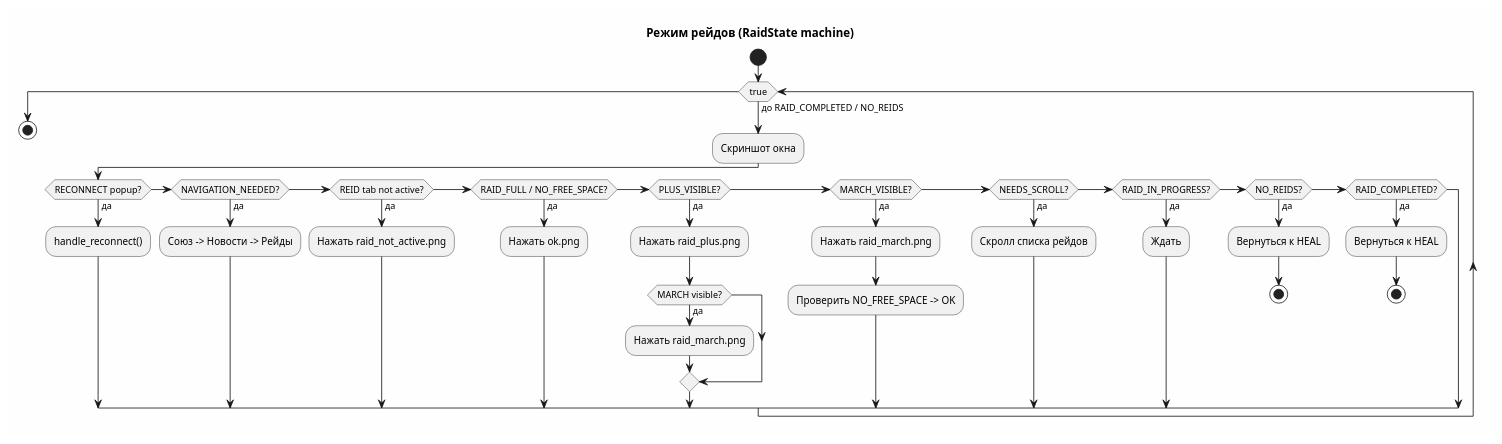
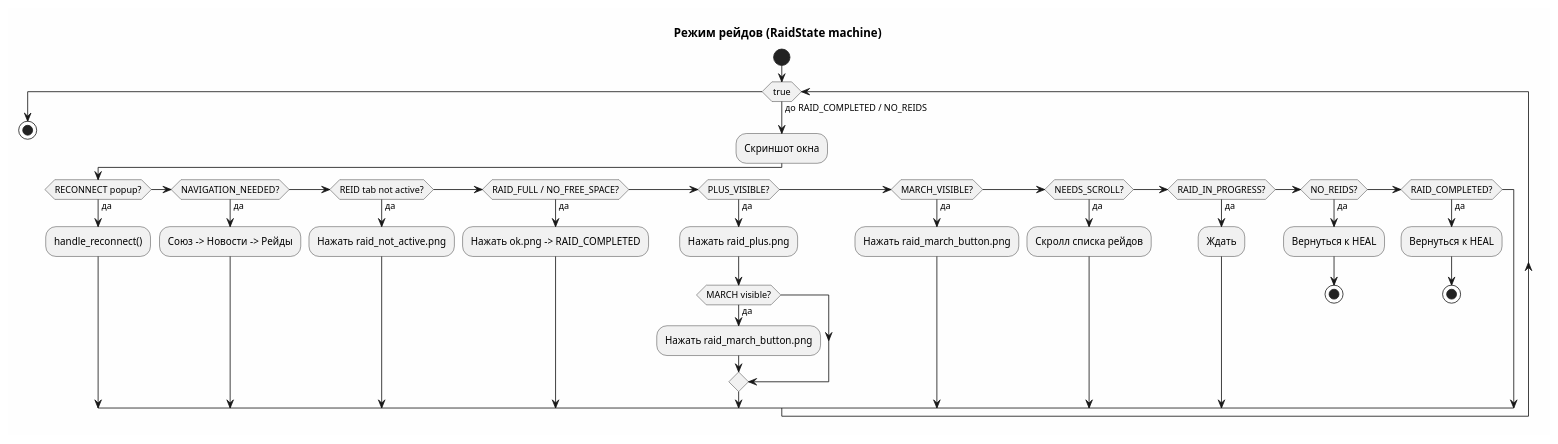
One commit to Skoromolov/TilesSurvive changed the second of 5 diagrams in README.md. Above: the diagram before and after it, drawn with PlantUML. The commit also changed other lines of this file and 8 other files, not shown here.

````diff
--- a/README.md
+++ b/README.md
@@ -210,43 +212,42 @@
 ```plantuml
 @startuml
 skinparam backgroundColor #FEFEFE
 title Режим рейдов (RaidState machine)
 
 start
 
 while (true) is (до RAID_COMPLETED / NO_REIDS)
   :Скриншот окна;
 
   if (RECONNECT popup?) then (да)
     :handle_reconnect();
   elseif (NAVIGATION_NEEDED?) then (да)
     :Союз -> Новости -> Рейды;
   elseif (REID tab not active?) then (да)
     :Нажать raid_not_active.png;
   elseif (RAID_FULL / NO_FREE_SPACE?) then (да)
-    :Нажать ok.png;
+    :Нажать ok.png -> RAID_COMPLETED;
   elseif (PLUS_VISIBLE?) then (да)
     :Нажать raid_plus.png;
     if (MARCH visible?) then (да)
-      :Нажать raid_march.png;
+      :Нажать raid_march_button.png;
     endif
   elseif (MARCH_VISIBLE?) then (да)
-    :Нажать raid_march.png;
-    :Проверить NO_FREE_SPACE -> OK;
+    :Нажать raid_march_button.png;
   elseif (NEEDS_SCROLL?) then (да)
     :Скролл списка рейдов;
   elseif (RAID_IN_PROGRESS?) then (да)
     :Ждать;
   elseif (NO_REIDS?) then (да)
     :Вернуться к HEAL;
     stop
   elseif (RAID_COMPLETED?) then (да)
     :Вернуться к HEAL;
     stop
   endif
 endwhile
 
 stop
 
 @enduml
 ```
````
